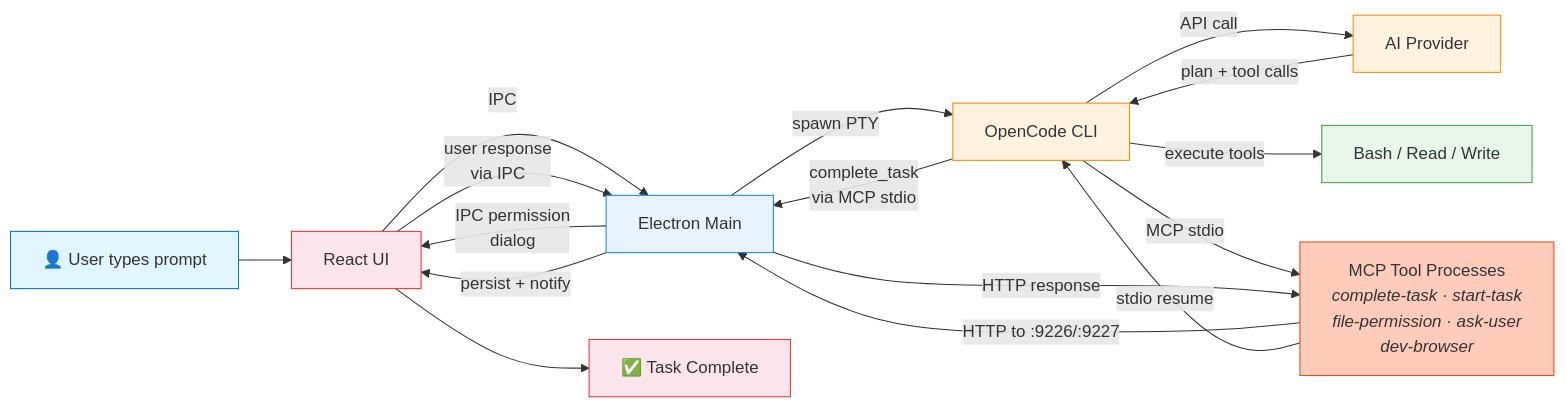
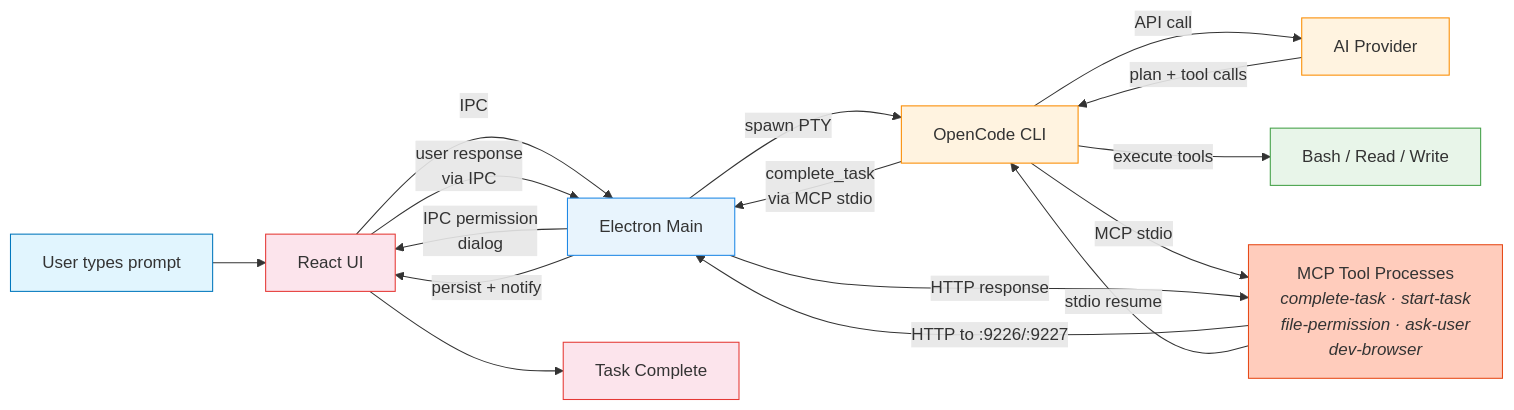
Before and after one commit to anastomotic-ai/anastomotic: the first of 7 diagrams in docs/task-flow-slides.md, drawn with Mermaid. The commit also changed other lines of this file and 40 other files, not shown here.

````diff
--- a/docs/task-flow-slides.md
+++ b/docs/task-flow-slides.md
@@ -13,35 +13,35 @@
 ```mermaid
 graph LR
-  A["👤 User types prompt"] --> B["React UI"]
+  A["User types prompt"] --> B["React UI"]
   B -->|"IPC"| C["Electron Main"]
   C -->|"spawn PTY"| D["OpenCode CLI"]
   D -->|"API call"| E["AI Provider"]
   E -->|"plan + tool calls"| D
   D -->|"execute tools"| F["Bash / Read / Write"]
 
   D -->|"MCP stdio"| MCP["MCP Tool Processes<br/><i>complete-task · start-task<br/>file-permission · ask-user<br/>dev-browser</i>"]
 
   MCP -->|"HTTP to :9226/:9227"| C
   C -->|"IPC permission<br/>dialog"| B
   B -->|"user response<br/>via IPC"| C
   C -->|"HTTP response"| MCP
   MCP -->|"stdio resume"| D
 
   D -->|"complete_task<br/>via MCP stdio"| C
   C -->|"persist + notify"| B
-  B --> I["✅ Task Complete"]
+  B --> I["Task Complete"]
 
   classDef user fill:#e1f5fe,stroke:#0277bd
   classDef ui fill:#fce4ec,stroke:#e53935
   classDef main fill:#e8f4fd,stroke:#1e88e5
   classDef oc fill:#fff3e0,stroke:#fb8c00
   classDef ext fill:#e8f5e9,stroke:#43a047
   classDef mcp fill:#ffccbc,stroke:#e64a19
 
   class A user
   class B,I ui
   class C main
   class D,E oc
   class F ext
   class MCP mcp
 ```
````
